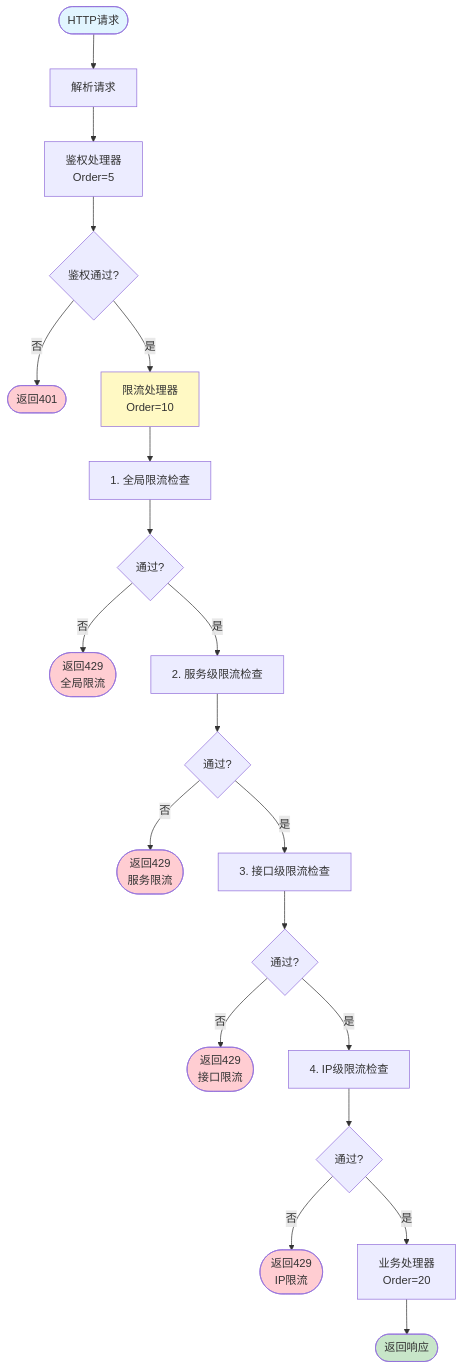
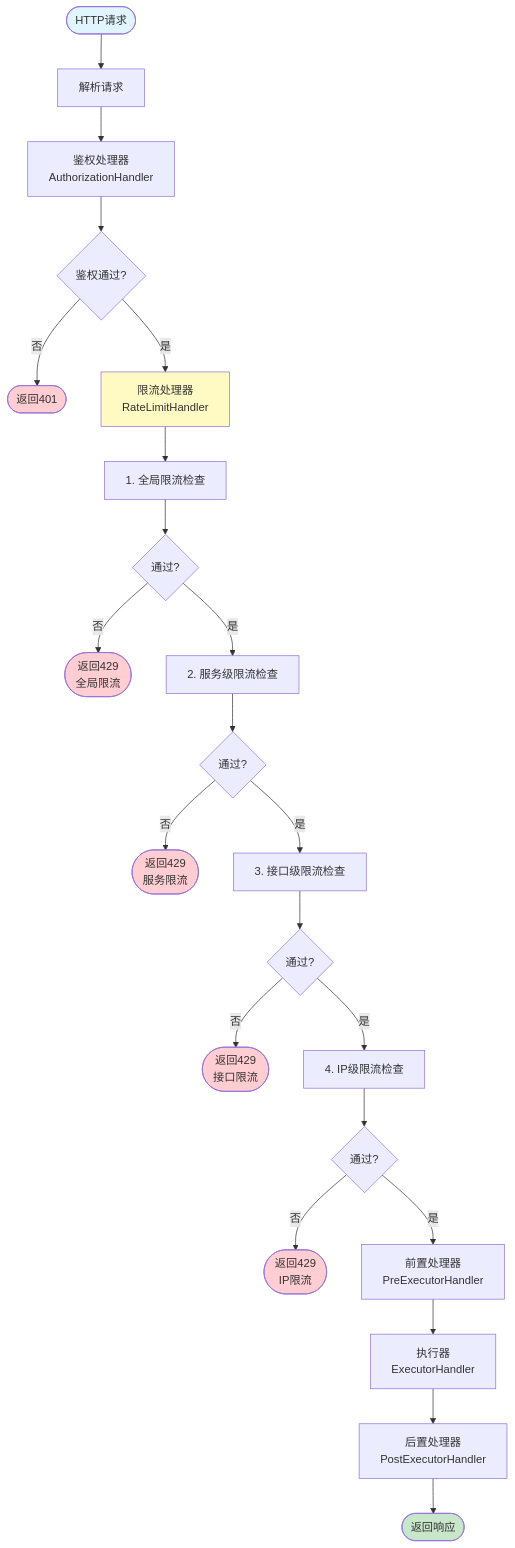
Before and after one commit to 1973034392/api-gateway-codelong: the third of 13 diagrams in docs/项目文档/核心服务/10.3 分布式限流器-流程图与架构图.md, drawn with Mermaid. The commit also changed other lines of this file and 12 other files, not shown here.

````diff
--- a/docs/项目文档/核心服务/10.3 分布式限流器-流程图与架构图.md
+++ b/docs/项目文档/核心服务/10.3 分布式限流器-流程图与架构图.md
@@ -35,37 +57,39 @@
 ```mermaid
 flowchart TD
     Request([HTTP请求]) --> Parse[解析请求]
-    Parse --> Auth[鉴权处理器<br/>Order=5]
+    Parse --> Auth[鉴权处理器<br/>AuthorizationHandler]
 
     Auth --> AuthPass{鉴权通过?}
     AuthPass -->|否| AuthReject([返回401])
-    AuthPass -->|是| RateLimit[限流处理器<br/>Order=10]
+    AuthPass -->|是| RateLimit[限流处理器<br/>RateLimitHandler]
 
     RateLimit --> GlobalLimit[1. 全局限流检查]
     GlobalLimit --> GlobalPass{通过?}
     GlobalPass -->|否| RateLimitReject([返回429<br/>全局限流])
 
     GlobalPass -->|是| ServiceLimit[2. 服务级限流检查]
     ServiceLimit --> ServicePass{通过?}
     ServicePass -->|否| ServiceReject([返回429<br/>服务限流])
 
     ServicePass -->|是| InterfaceLimit[3. 接口级限流检查]
     InterfaceLimit --> InterfacePass{通过?}
     InterfacePass -->|否| InterfaceReject([返回429<br/>接口限流])
 
     InterfacePass -->|是| IpLimit[4. IP级限流检查]
     IpLimit --> IpPass{通过?}
     IpPass -->|否| IpReject([返回429<br/>IP限流])
 
-    IpPass -->|是| Business[业务处理器<br/>Order=20]
-    Business --> Response([返回响应])
+    IpPass -->|是| PreExecutor[前置处理器<br/>PreExecutorHandler]
+    PreExecutor --> Executor[执行器<br/>ExecutorHandler]
+    Executor --> PostExecutor[后置处理器<br/>PostExecutorHandler]
+    PostExecutor --> Response([返回响应])
 
     style Request fill:#e1f5ff
     style RateLimit fill:#fff9c4
     style Response fill:#c8e6c9
     style RateLimitReject fill:#ffcdd2
     style ServiceReject fill:#ffcdd2
     style InterfaceReject fill:#ffcdd2
     style IpReject fill:#ffcdd2
     style AuthReject fill:#ffcdd2
 ```
````
